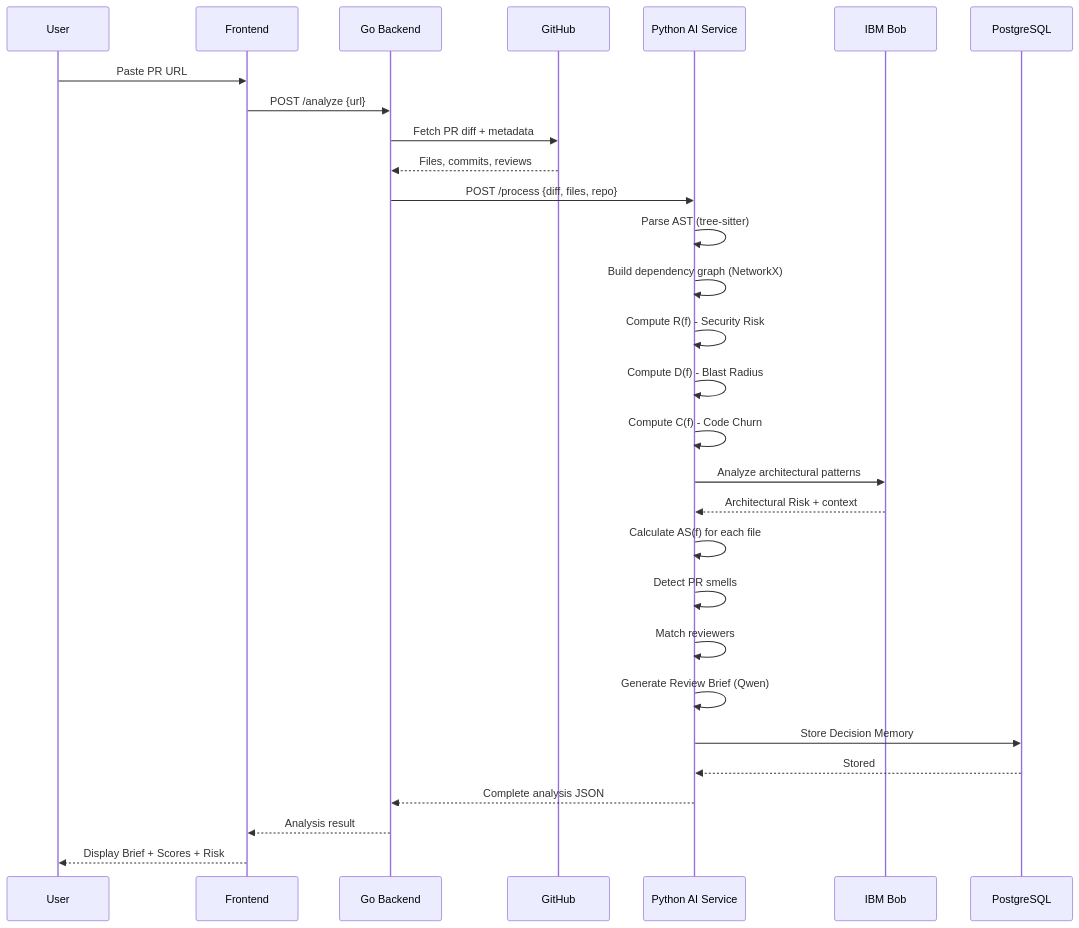
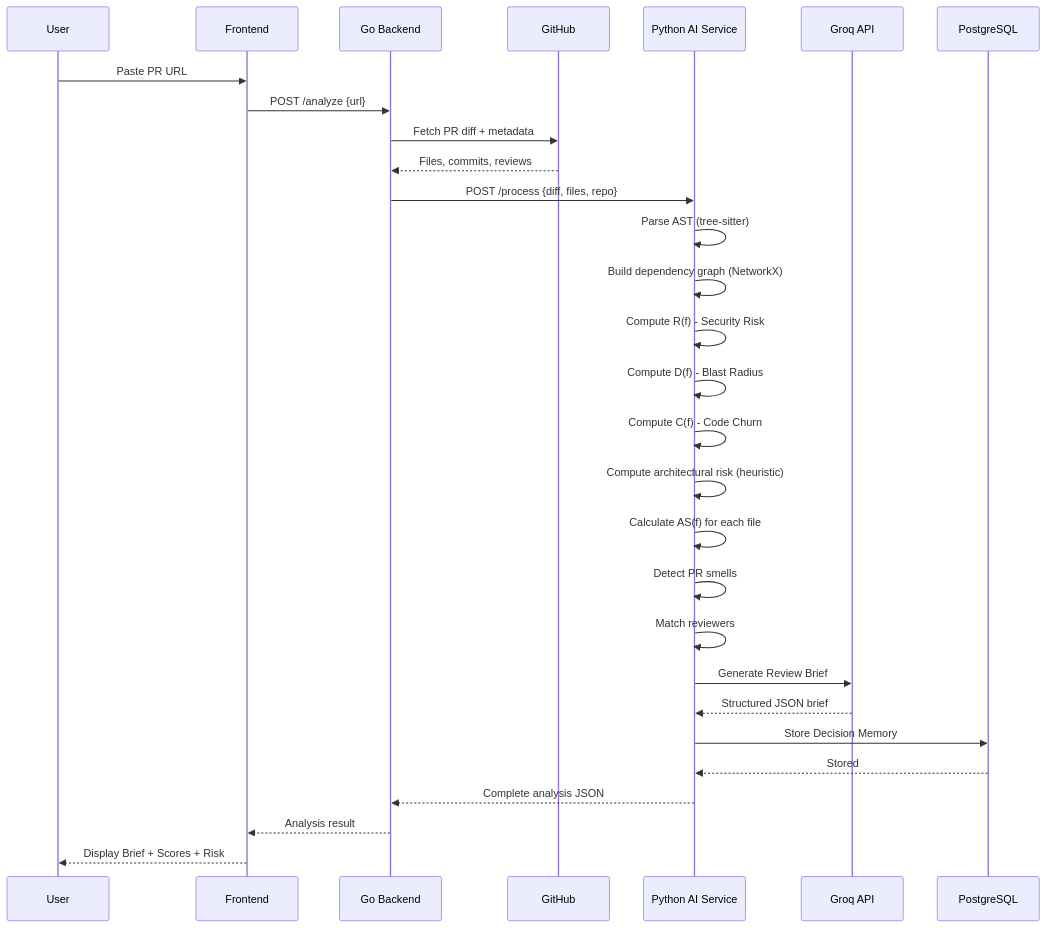
Before and after one commit to Prakhar2025/PRism: the second of 3 diagrams in README.md, drawn with Mermaid. The commit also changed other lines of this file and 2 other files, not shown here.

Commit message:
docs: fix IBM Bob and LLM references across all docs - Bob is an AI coding IDE not a runtime API, remove bob_client/BobAPI/Qwen/Ollama, replace with Groq llama-3.3-70b-versatile, fix all mermaid diagrams, tech stack, env example, API responses - 23 issues fixed

````diff
--- a/README.md
+++ b/README.md
@@ -120,38 +118,37 @@
 ```mermaid
 sequenceDiagram
     participant User
     participant Frontend
     participant Go as Go Backend
     participant GitHub
     participant AI as Python AI Service
-    participant Bob as IBM Bob
+    participant Groq as Groq API
     participant DB as PostgreSQL
 
     User->>Frontend: Paste PR URL
     Frontend->>Go: POST /analyze {url}
     Go->>GitHub: Fetch PR diff + metadata
     GitHub-->>Go: Files, commits, reviews
-    
+
     Go->>AI: POST /process {diff, files, repo}
-    
+
     AI->>AI: Parse AST (tree-sitter)
     AI->>AI: Build dependency graph (NetworkX)
     AI->>AI: Compute R(f) - Security Risk
     AI->>AI: Compute D(f) - Blast Radius
     AI->>AI: Compute C(f) - Code Churn
-    
-    AI->>Bob: Analyze architectural patterns
-    Bob-->>AI: Architectural Risk + context
-    
+    AI->>AI: Compute architectural risk (heuristic)
+
     AI->>AI: Calculate AS(f) for each file
     AI->>AI: Detect PR smells
     AI->>AI: Match reviewers
-    AI->>AI: Generate Review Brief (Qwen)
-    
+    AI->>Groq: Generate Review Brief
+    Groq-->>AI: Structured JSON brief
+
     AI->>DB: Store Decision Memory
     DB-->>AI: Stored
-    
+
     AI-->>Go: Complete analysis JSON
     Go-->>Frontend: Analysis result
     Frontend-->>User: Display Brief + Scores + Risk
 ```
````
